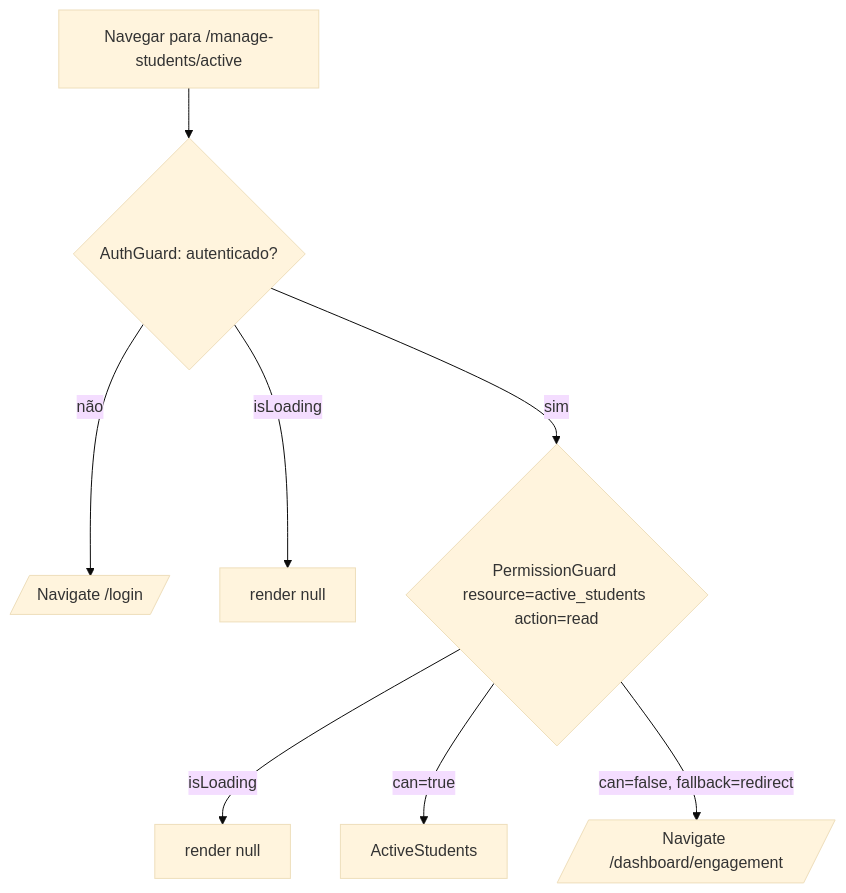
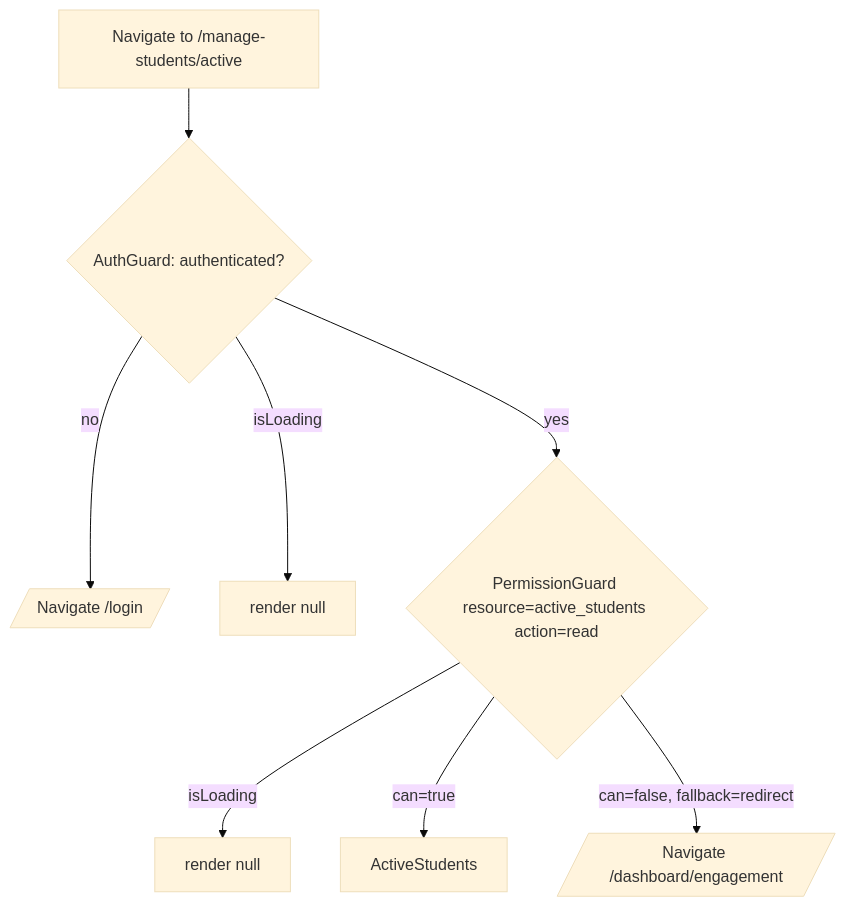
One commit to Walky-App/walky-admin changed the fifth of 15 diagrams in docs/workflows.md. Above: the diagram before and after it, drawn with Mermaid (base theme). The commit also changed other lines of this file and 12 other files, not shown here.

````diff
--- a/docs/workflows.md
+++ b/docs/workflows.md
@@ -253,10 +253,10 @@
 ```mermaid
 flowchart TD
-    Nav[Navegar para /manage-students/active] --> AG{AuthGuard: autenticado?}
-    AG -- não --> Login[/Navigate /login/]
+    Nav[Navigate to /manage-students/active] --> AG{AuthGuard: authenticated?}
+    AG -- no --> Login[/Navigate /login/]
     AG -- isLoading --> Null1[render null]
-    AG -- sim --> PG{PermissionGuard resource=active_students action=read}
+    AG -- yes --> PG{PermissionGuard resource=active_students action=read}
     PG -- isLoading --> Null2[render null]
     PG -- can=true --> Page[ActiveStudents]
     PG -- can=false, fallback=redirect --> Redir[/Navigate /dashboard/engagement/]
 ```
````
